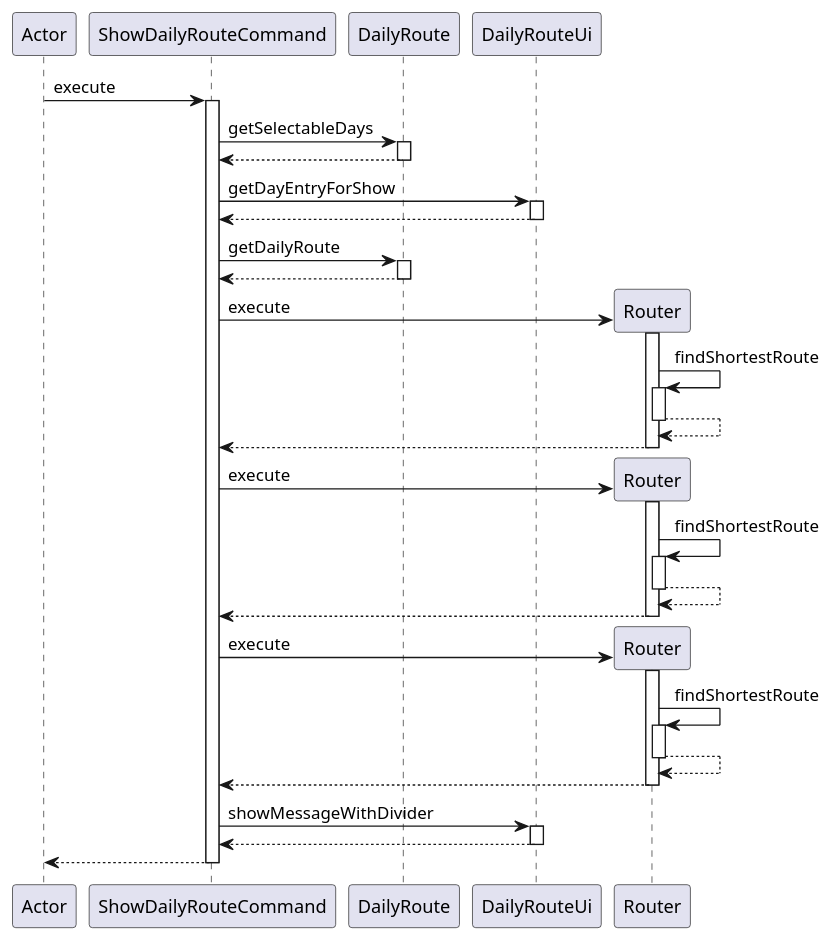
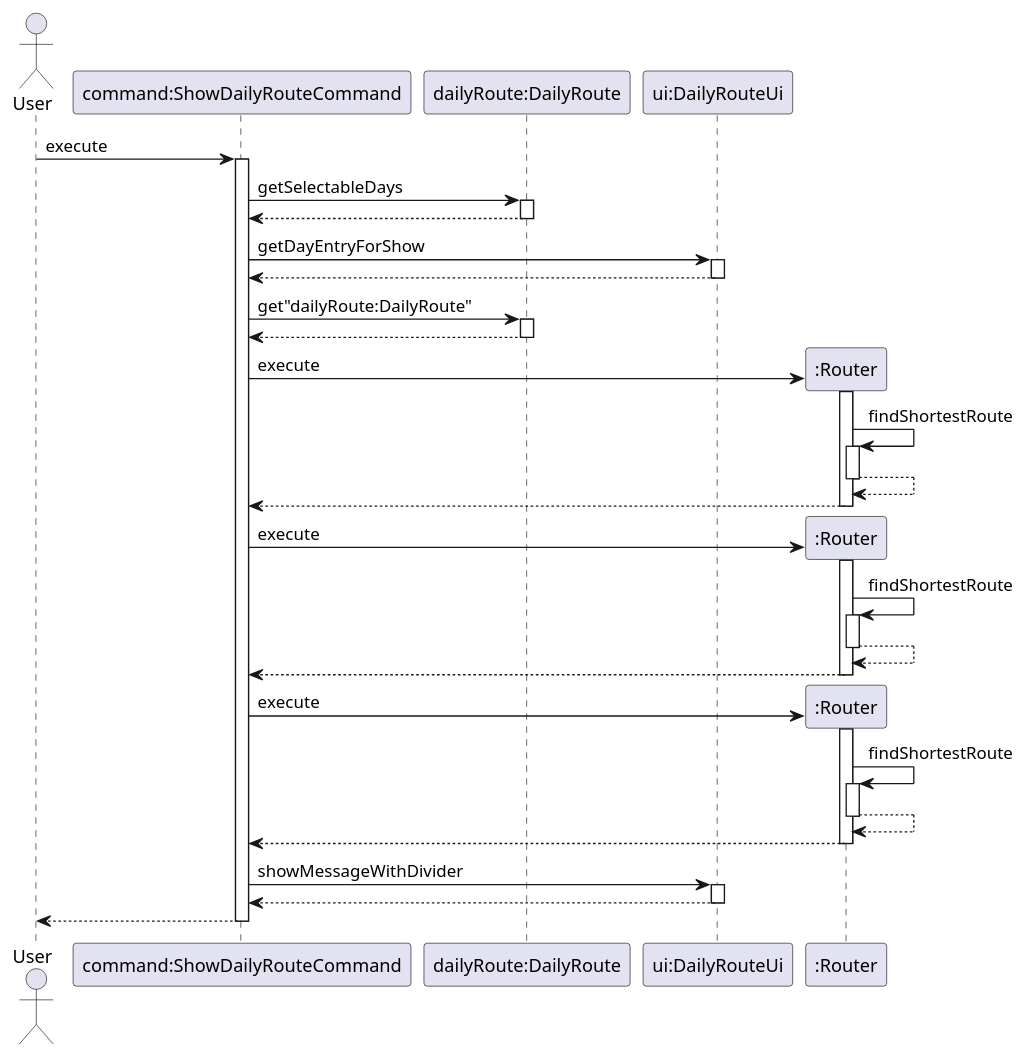
The diagram in docs/showday.puml (nus-cs2113-AY2021S2/tp), drawn with PlantUML before and after one commit. The commit also changed 7 other files, not shown here.

Commit message:
edited uml diagrams to conform to standard

```diff
--- a/docs/showday.puml
+++ b/docs/showday.puml
@@ -1,47 +1,47 @@
 @startuml
-participant Actor
-Actor -> ShowDailyRouteCommand : execute
-activate ShowDailyRouteCommand
-ShowDailyRouteCommand -> DailyRoute : getSelectableDays
-activate DailyRoute
+actor User
+User -> "command:ShowDailyRouteCommand" : execute
+activate "command:ShowDailyRouteCommand"
+"command:ShowDailyRouteCommand" -> "dailyRoute:DailyRoute" : getSelectableDays
+activate "dailyRoute:DailyRoute"
 return
-deactivate DailyRoute
-ShowDailyRouteCommand -> DailyRouteUi : getDayEntryForShow
-activate DailyRouteUi
+deactivate "dailyRoute:DailyRoute"
+"command:ShowDailyRouteCommand" -> "ui:DailyRouteUi" : getDayEntryForShow
+activate "ui:DailyRouteUi"
 return
-deactivate DailyRouteUi
-ShowDailyRouteCommand -> DailyRoute : getDailyRoute
-activate DailyRoute
+deactivate "ui:DailyRouteUi"
+"command:ShowDailyRouteCommand" -> "dailyRoute:DailyRoute" : get"dailyRoute:DailyRoute"
+activate "dailyRoute:DailyRoute"
 return
-deactivate DailyRoute
+deactivate "dailyRoute:DailyRoute"
 
-create Router
-ShowDailyRouteCommand -> Router : execute
-activate Router
-Router -> Router : findShortestRoute
-activate Router
+create ":Router"
+"command:ShowDailyRouteCommand" -> ":Router" : execute
+activate ":Router"
+":Router" -> ":Router" : findShortestRoute
+activate ":Router"
 return
 return
 
-create Router
-ShowDailyRouteCommand -> Router : execute
-activate Router
-Router -> Router : findShortestRoute
-activate Router
+create ":Router"
+"command:ShowDailyRouteCommand" -> ":Router" : execute
+activate ":Router"
+":Router" -> ":Router" : findShortestRoute
+activate ":Router"
 return
 return
-create Router
-ShowDailyRouteCommand -> Router : execute
-activate Router
-Router -> Router : findShortestRoute
-activate Router
+create ":Router"
+"command:ShowDailyRouteCommand" -> ":Router" : execute
+activate ":Router"
+":Router" -> ":Router" : findShortestRoute
+activate ":Router"
 return
 return
 
-ShowDailyRouteCommand -> DailyRouteUi: showMessageWithDivider
-activate DailyRouteUi
+"command:ShowDailyRouteCommand" -> "ui:DailyRouteUi": showMessageWithDivider
+activate "ui:DailyRouteUi"
 return
-deactivate DailyRouteUi
-ShowDailyRouteCommand --> Actor
-deactivate ShowDailyRouteCommand
+deactivate "ui:DailyRouteUi"
+"command:ShowDailyRouteCommand" --> User
+deactivate "command:ShowDailyRouteCommand"
 @enduml
```
